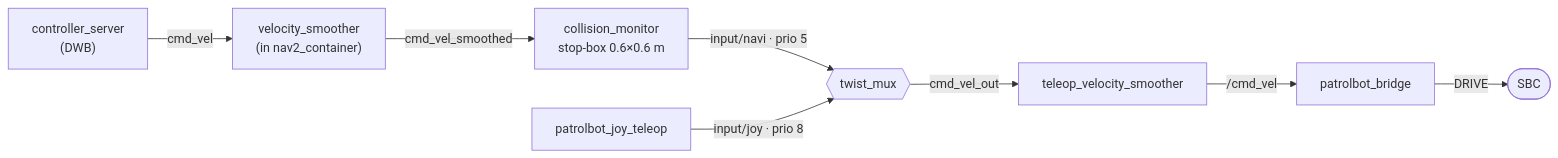
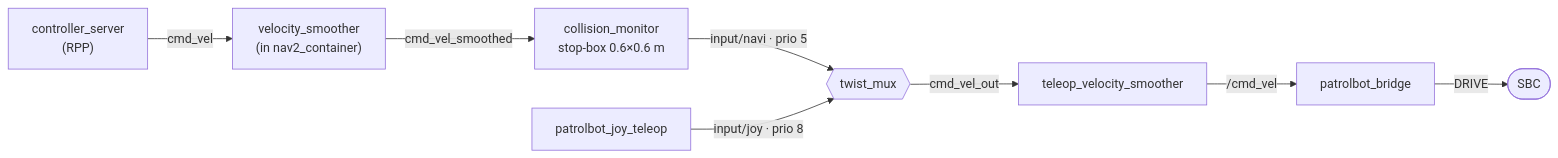
The second of 2 diagrams in docs/architecture/software-architecture.md (cmu-impactlab/patrolbot), drawn with Mermaid before and after one commit. The commit also changed other lines of this file and 7 other files, not shown here.

````diff
--- a/docs/architecture/software-architecture.md
+++ b/docs/architecture/software-architecture.md
@@ -97,10 +97,10 @@
 ```mermaid
 flowchart LR
-    DWB["controller_server\n(DWB)"] -->|cmd_vel| VS["velocity_smoother\n(in nav2_container)"]
+    RPP["controller_server\n(RPP)"] -->|cmd_vel| VS["velocity_smoother\n(in nav2_container)"]
     VS -->|cmd_vel_smoothed| CM["collision_monitor\nstop-box 0.6×0.6 m"]
     CM -->|input/navi · prio 5| TM{{"twist_mux"}}
     JT["patrolbot_joy_teleop"] -->|input/joy · prio 8| TM
     TM -->|cmd_vel_out| TVS["teleop_velocity_smoother"]
     TVS -->|/cmd_vel| BR["patrolbot_bridge"]
     BR -->|DRIVE| SBC([SBC])
 ```
````
